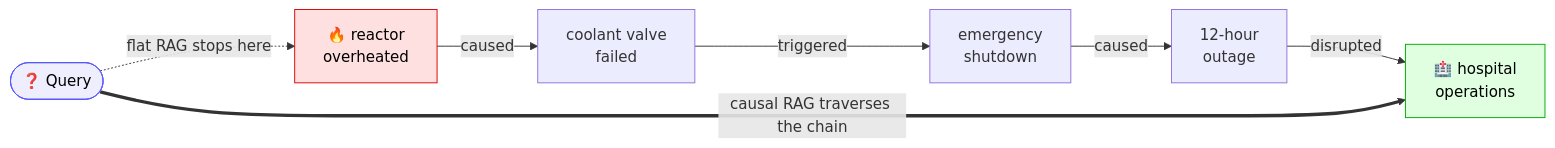
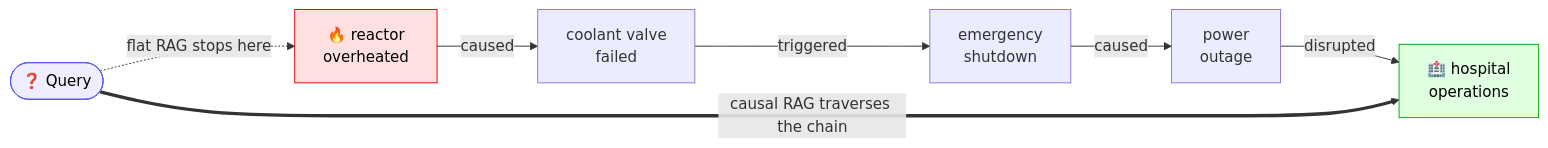
Before and after one commit to linga009/causal-graph-rag: the first of 3 diagrams in README.md, drawn with Mermaid. The commit also changed other lines of this file, not shown here.

````diff
--- a/README.md
+++ b/README.md
@@ -27,14 +33,14 @@
 ```mermaid
 flowchart LR
     R["🔥 reactor<br/>overheated"] -->|caused| V["coolant valve<br/>failed"]
     V -->|triggered| S["emergency<br/>shutdown"]
-    S -->|caused| O["12-hour<br/>outage"]
+    S -->|caused| O["power<br/>outage"]
     O -->|disrupted| H["🏥 hospital<br/>operations"]
 
     Q(["❓ Query"]) -. flat RAG stops here .-> R
     Q == causal RAG traverses the chain ==> H
 
     style R fill:#ffe0e0,stroke:#d00,color:#000
     style H fill:#e0ffe0,stroke:#0a0,color:#000
     style Q fill:#eef,stroke:#55f,color:#000
 ```
````
